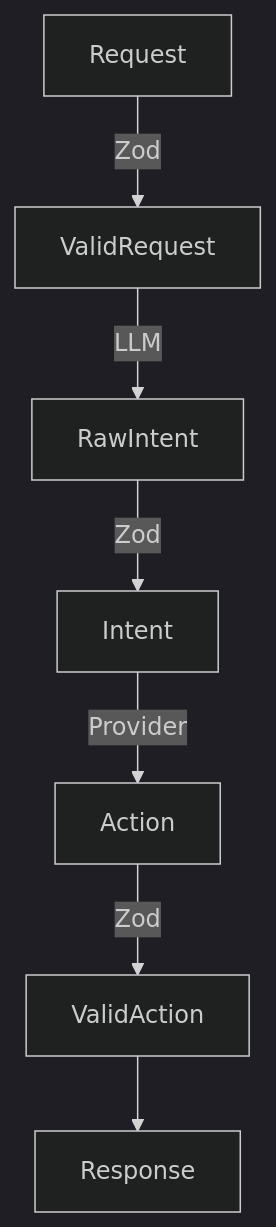
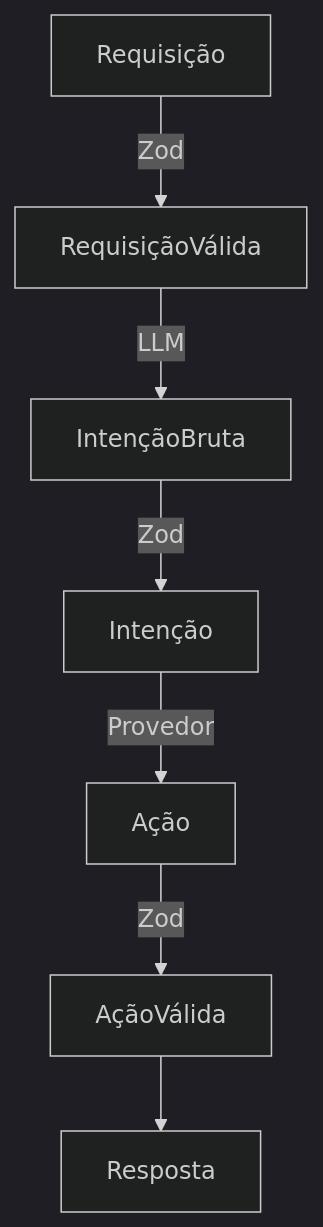
One commit to fernandesyuri33/chat-observatorio-turismo changed the seventh of 8 diagrams in docs/arquitetura.md. Above: the diagram before and after it, drawn with Mermaid (dark theme). The commit also changed other lines of this file and 1 other file, not shown here.

````diff
--- a/docs/arquitetura.md
+++ b/docs/arquitetura.md
@@ -161,10 +161,10 @@
 ```mermaid
 flowchart TD
 
-Request -->|Zod| ValidRequest
-ValidRequest -->|LLM| RawIntent
-RawIntent -->|Zod| Intent
-Intent -->|Provider| Action
-Action -->|Zod| ValidAction
-ValidAction --> Response
+Requisição -->|Zod| RequisiçãoVálida
+RequisiçãoVálida -->|LLM| IntençãoBruta
+IntençãoBruta -->|Zod| Intenção
+Intenção -->|Provedor| Ação
+Ação -->|Zod| AçãoVálida
+AçãoVálida --> Resposta
 ```
````
